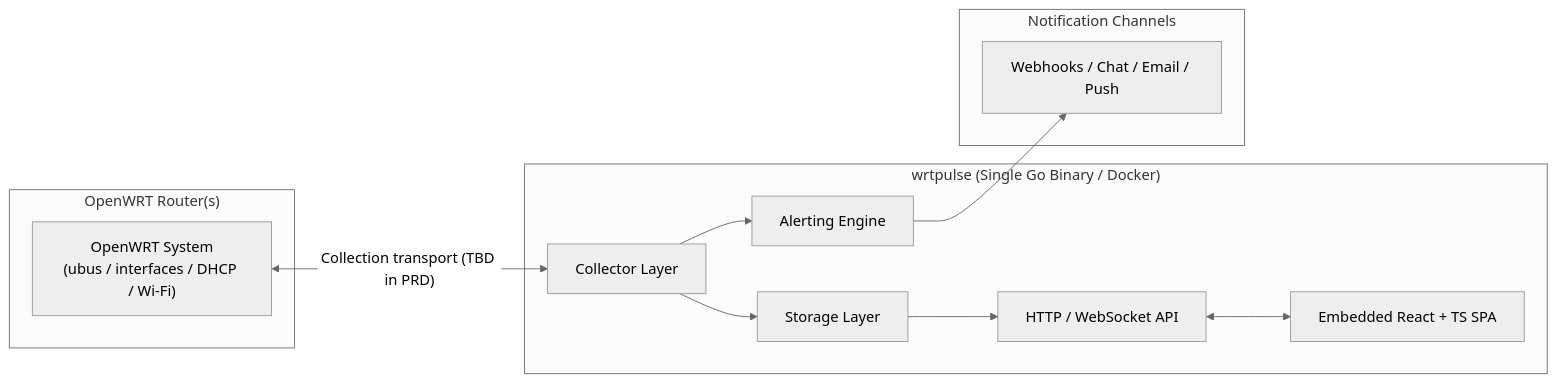
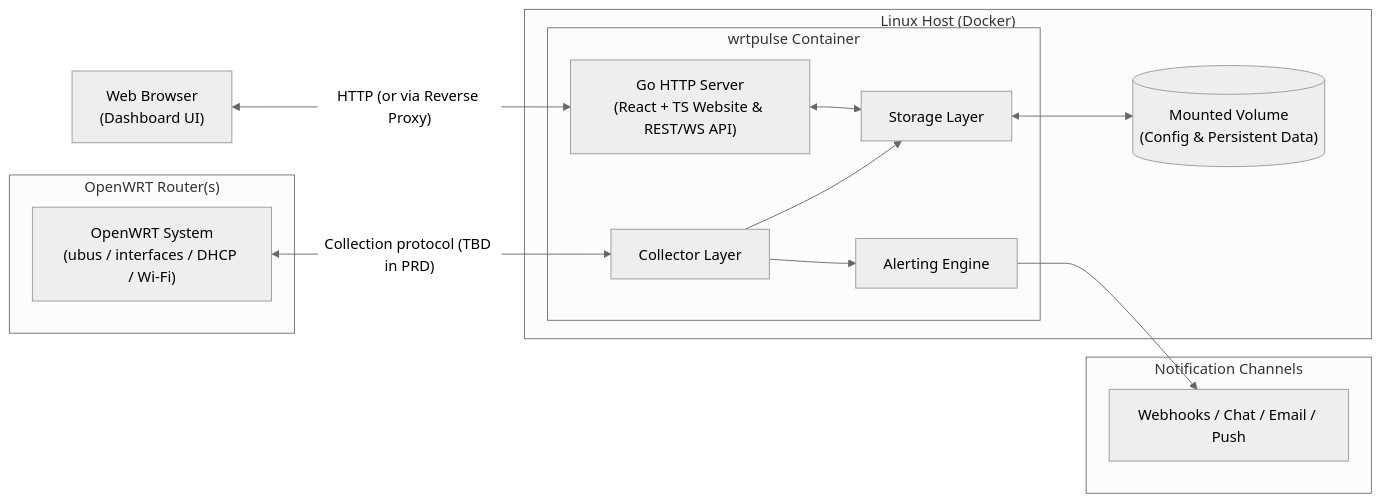
Before and after one commit to jyeager/wrtpulse: the diagram in docs/architecture.md, drawn with Mermaid (neutral theme). The commit also changed other lines of this file and 2 other files, not shown here.

Commit message:
docs: add AGENTS.md and update architecture for Linux Docker web app

````diff
--- a/docs/architecture.md
+++ b/docs/architecture.md
@@ -14,25 +18,30 @@
 ```mermaid
 flowchart LR
+    Browser["Web Browser<br/>(Dashboard UI)"]
+
+    subgraph LinuxHost["Linux Host (Docker)"]
+        subgraph Container["wrtpulse Container"]
+            WEB["Go HTTP Server<br/>(React + TS Website & REST/WS API)"]
+            COL["Collector Layer"]
+            STO["Storage Layer"]
+            ALT["Alerting Engine"]
+        end
+        VOL[("Mounted Volume<br/>(Config & Persistent Data)")]
+    end
+
     subgraph Routers["OpenWRT Router(s)"]
         OW["OpenWRT System<br/>(ubus / interfaces / DHCP / Wi-Fi)"]
-    end
-
-    subgraph Server["wrtpulse (Single Go Binary / Docker)"]
-        COL["Collector Layer"]
-        STO["Storage Layer"]
-        ALT["Alerting Engine"]
-        API["HTTP / WebSocket API"]
-        UI["Embedded React + TS SPA"]
     end
 
     subgraph Destinations["Notification Channels"]
         NOTIF["Webhooks / Chat / Email / Push"]
     end
 
-    OW <-->|"Collection transport (TBD in PRD)"| COL
+    Browser <-->|"HTTP (or via Reverse Proxy)"| WEB
+    WEB <--> STO
     COL --> STO
     COL --> ALT
-    STO --> API
+    STO <--> VOL
+    OW <-->|"Collection protocol (TBD in PRD)"| COL
     ALT --> NOTIF
-    API <--> UI
 ```
````
